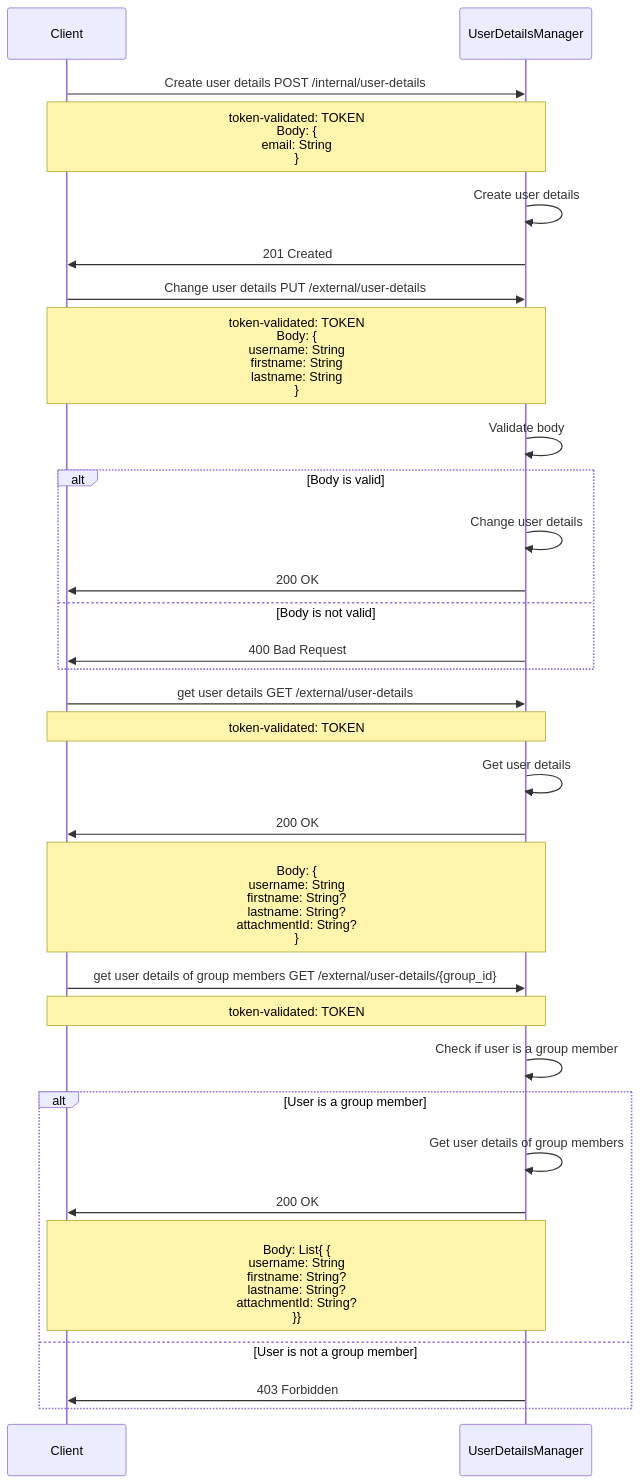
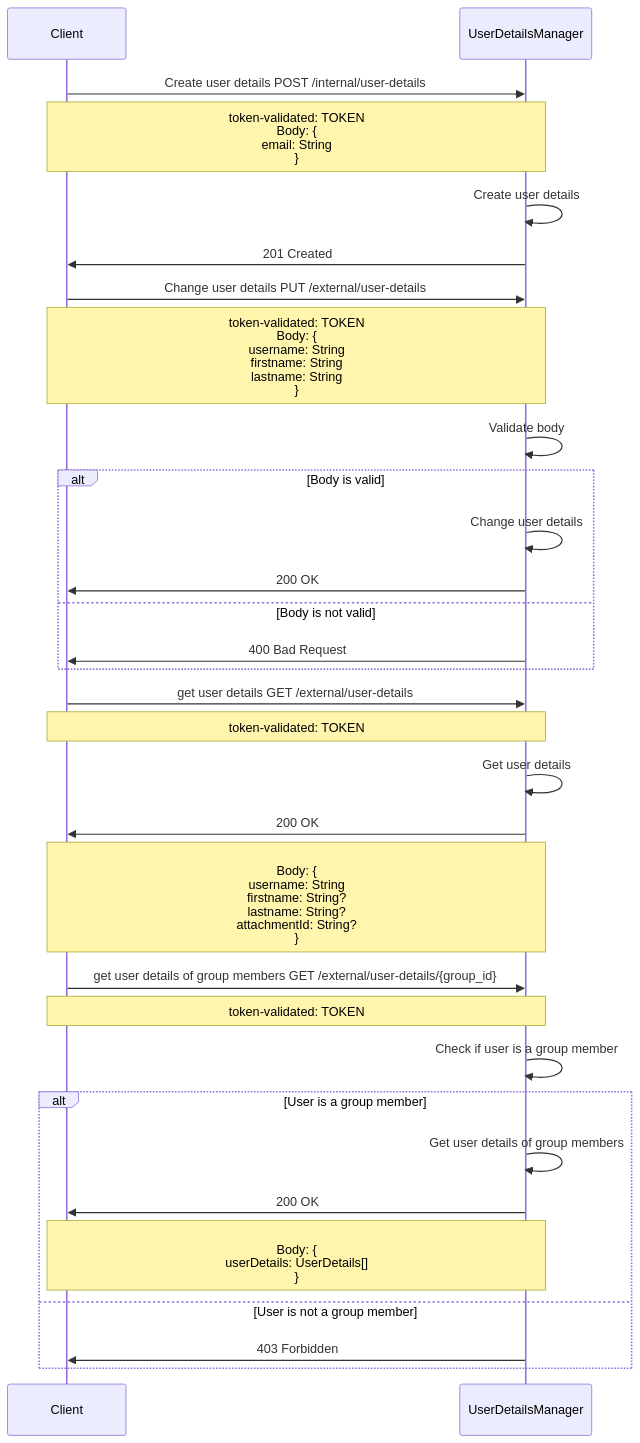
One commit to Group-Expense-Manager/gem-docs changed the fifth of 11 diagrams in docs/contracts.md. Above: the diagram before and after it, drawn with Mermaid. The commit also changed other lines of this file and 1 other file, not shown here.

Commit message:
added Expense Manager contract

````diff
--- a/docs/contracts.md
+++ b/docs/contracts.md
@@ -212,40 +200,40 @@
 ```mermaid
 sequenceDiagram
 
     participant Client
     participant UserDetailsManager
 
     Client->>UserDetailsManager: Create user details POST /internal/user-details
     Note over Client,UserDetailsManager: token-validated: TOKEN<br>Body: {<br>email: String <br>}
     UserDetailsManager->>UserDetailsManager: Create user details
     UserDetailsManager->>Client: 201 Created
 
     Client->>UserDetailsManager: Change user details PUT /external/user-details
     Note over Client,UserDetailsManager: token-validated: TOKEN<br> Body: {<br>username: String <br>firstname: String <br>lastname: String <br>}
     UserDetailsManager->>UserDetailsManager: Validate body
     alt Body is valid
         UserDetailsManager->>UserDetailsManager: Change user details
         UserDetailsManager->>Client: 200 OK
     else Body is not valid
         UserDetailsManager->>Client: 400 Bad Request
     end
 
 
     Client->>UserDetailsManager: get user details GET /external/user-details
     Note over Client,UserDetailsManager: token-validated: TOKEN
     UserDetailsManager->>UserDetailsManager: Get user details
     UserDetailsManager->>Client: 200 OK
     Note over Client,UserDetailsManager:<br> Body: {<br>username: String <br>firstname: String? <br>lastname: String? <br>attachmentId: String?<br>}
 
     Client->>UserDetailsManager: get user details of group members GET /external/user-details/{group_id}
     Note over Client,UserDetailsManager: token-validated: TOKEN
     UserDetailsManager->>UserDetailsManager: Check if user is a group member
     alt User is a group member
         UserDetailsManager->>UserDetailsManager: Get user details of group members
         UserDetailsManager->>Client: 200 OK
-        Note over Client,UserDetailsManager:<br> Body: List{ {<br>username: String <br>firstname: String? <br>lastname: String? <br>attachmentId: String?<br>}}
+        Note over Client,UserDetailsManager:<br> Body: {<br> userDetails: UserDetails[] <br>}
     else User is not a group member
         UserDetailsManager->>Client: 403 Forbidden
     end
    
 ```
````
